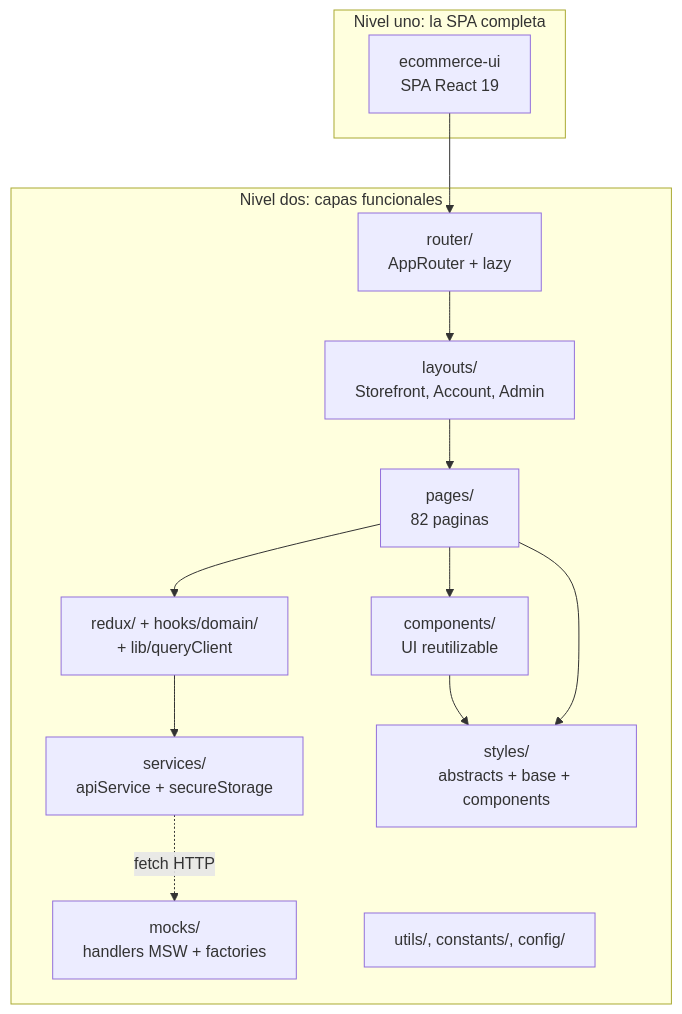
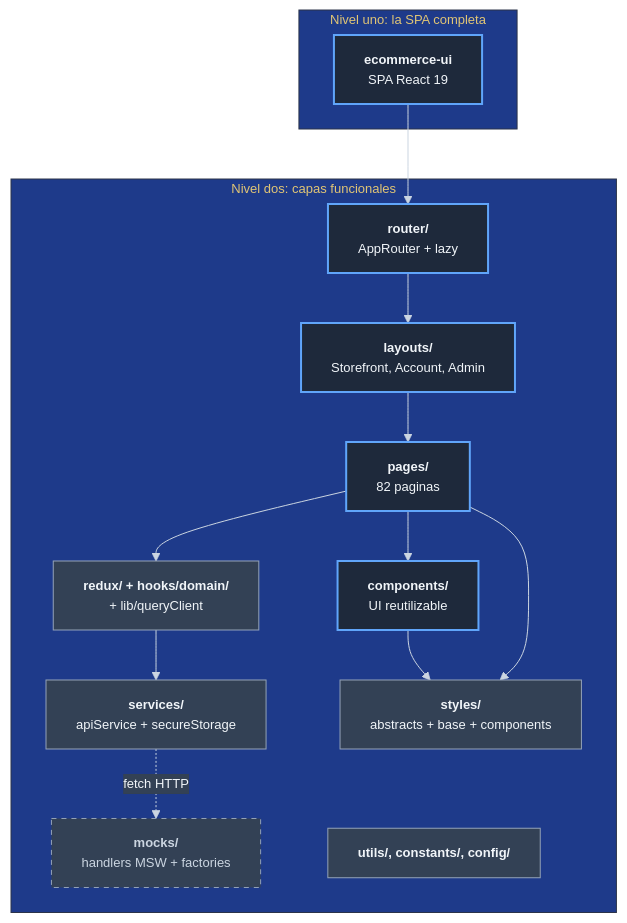
Before and after one commit to jcg-admin/template-ecommerce-ui: the first of 2 diagrams in docs/vista-de-bloques-de-construccion/vista-de-bloques-de-construccion.md, drawn with Mermaid. The commit also changed other lines of this file and 16 other files, not shown here.

First line of the commit message:
Apply dark Mermaid theme to 19 diagrams

````diff
--- a/docs/vista-de-bloques-de-construccion/vista-de-bloques-de-construccion.md
+++ b/docs/vista-de-bloques-de-construccion/vista-de-bloques-de-construccion.md
@@ -9,28 +9,46 @@
 ```mermaid
+%%{init: {'theme':'base', 'themeVariables': {
+  'background': '#0f172a',
+  'primaryColor': '#1e293b',
+  'primaryTextColor': '#f1f5f9',
+  'primaryBorderColor': '#94a3b8',
+  'lineColor': '#cbd5e1',
+  'secondaryColor': '#334155',
+  'tertiaryColor': '#1e3a8a',
+  'fontSize': '13px'
+}}}%%
 flowchart TB
-    subgraph nivel_uno [Nivel uno: la SPA completa]
-        SPA["ecommerce-ui<br/>SPA React 19"]
+    subgraph nivel_uno_spa["Nivel uno: la SPA completa"]
+        ecommerce_ui_spa["<b>ecommerce-ui</b><br/>SPA React 19"]
     end
 
-    subgraph nivel_dos [Nivel dos: capas funcionales]
-        Router["router/<br/>AppRouter + lazy"]
-        Layouts["layouts/<br/>Storefront, Account, Admin"]
-        Pages["pages/<br/>82 paginas"]
-        Components["components/<br/>UI reutilizable"]
-        State["redux/ + hooks/domain/<br/>+ lib/queryClient"]
-        Services["services/<br/>apiService + secureStorage"]
-        Mocks["mocks/<br/>handlers MSW + factories"]
-        Styles["styles/<br/>abstracts + base + components"]
-        Utils["utils/, constants/, config/"]
+    subgraph nivel_dos_capas["Nivel dos: capas funcionales"]
+        router_app["<b>router/</b><br/>AppRouter + lazy"]
+        layouts_dir["<b>layouts/</b><br/>Storefront, Account, Admin"]
+        pages_dir["<b>pages/</b><br/>82 paginas"]
+        components_dir["<b>components/</b><br/>UI reutilizable"]
+        state_layer["<b>redux/ + hooks/domain/</b><br/>+ lib/queryClient"]
+        services_dir["<b>services/</b><br/>apiService + secureStorage"]
+        mocks_dir["<b>mocks/</b><br/>handlers MSW + factories"]
+        styles_dir["<b>styles/</b><br/>abstracts + base + components"]
+        utils_constants_config["<b>utils/, constants/, config/</b>"]
     end
 
-    SPA --> Router
-    Router --> Layouts
-    Layouts --> Pages
-    Pages --> Components
-    Pages --> State
-    State --> Services
-    Services -. fetch HTTP .-> Mocks
-    Components --> Styles
-    Pages --> Styles
+    ecommerce_ui_spa --> router_app
+    router_app --> layouts_dir
+    layouts_dir --> pages_dir
+    pages_dir --> components_dir
+    pages_dir --> state_layer
+    state_layer --> services_dir
+    services_dir -. "fetch HTTP" .-> mocks_dir
+    components_dir --> styles_dir
+    pages_dir --> styles_dir
+
+    classDef primaryNode fill:#1e293b,stroke:#60a5fa,stroke-width:2px,color:#f1f5f9
+    classDef secondaryNode fill:#334155,stroke:#94a3b8,stroke-width:1px,color:#f1f5f9
+    classDef externalNode fill:#334155,stroke:#94a3b8,stroke-width:1px,color:#cbd5e1,stroke-dasharray: 5 5
+
+    class ecommerce_ui_spa,router_app,layouts_dir,pages_dir,components_dir primaryNode
+    class state_layer,services_dir,styles_dir,utils_constants_config secondaryNode
+    class mocks_dir externalNode
 ```
````
